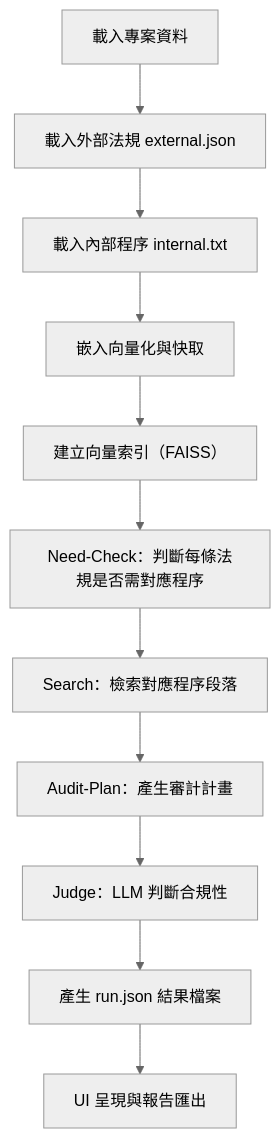
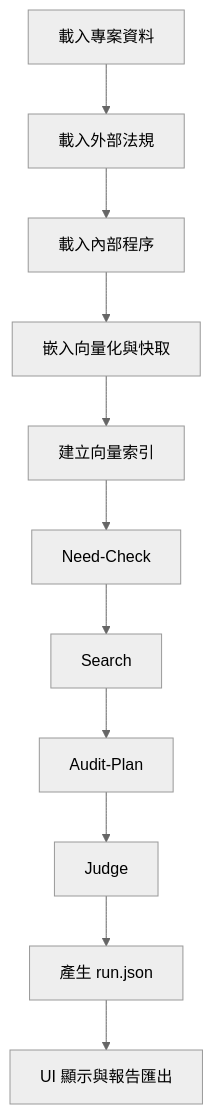
The diagram in README.md (JerryHung1030/regulens-ai), drawn with Mermaid (neutral theme) before and after one commit. The commit also changed other lines of this file, not shown here.

````diff
--- a/README.md
+++ b/README.md
@@ -270,13 +202,13 @@
 ```mermaid
 graph TD
-    A[載入專案資料] --> B[載入外部法規 external.json]
-    B --> C[載入內部程序 internal.txt]
+    A[載入專案資料] --> B[載入外部法規]
+    B --> C[載入內部程序]
     C --> D[嵌入向量化與快取]
-    D --> E[建立向量索引（FAISS）]
-    E --> F[Need-Check：判斷每條法規是否需對應程序]
-    F --> G[Search：檢索對應程序段落]
-    G --> H[Audit-Plan：產生審計計畫]
-    H --> I[Judge：LLM 判斷合規性]
-    I --> J[產生 run.json 結果檔案]
-    J --> K[UI 呈現與報告匯出]
+    D --> E[建立向量索引]
+    E --> F[Need-Check]
+    F --> G[Search]
+    G --> H[Audit-Plan]
+    H --> I[Judge]
+    I --> J[產生 run.json]
+    J --> K[UI 顯示與報告匯出]
 ```
````
